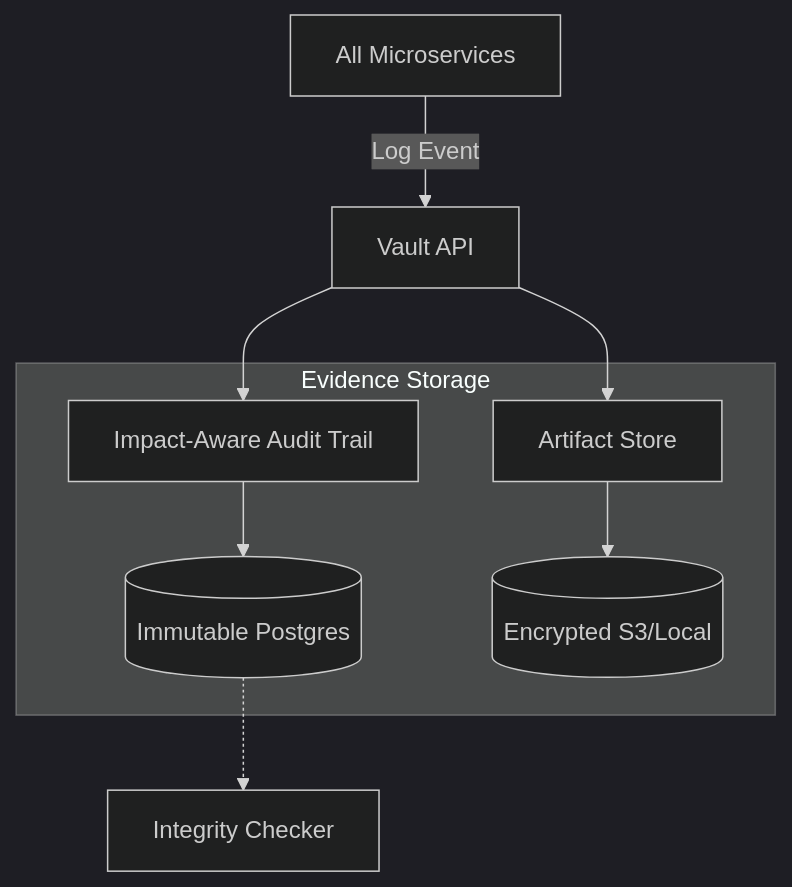
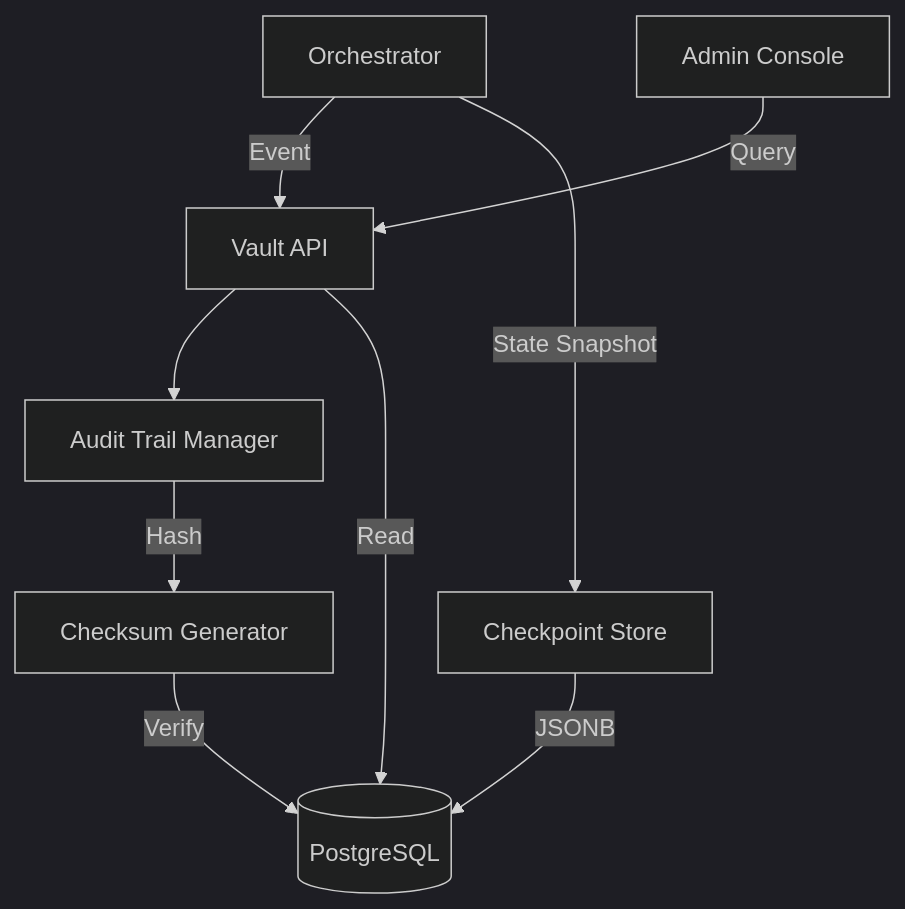
One commit to azzindani/Kea changed the diagram in services/vault/README.md. Above: the diagram before and after it, drawn with Mermaid (dark theme). The commit also changed other lines of this file and 13 other files, not shown here.

````diff
--- a/services/vault/README.md
+++ b/services/vault/README.md
@@ -70,13 +22,13 @@
 ```mermaid
 graph TD
-    Services[All Microservices] -->|Log Event| API[Vault API]
-    API --> Trail[Impact-Aware Audit Trail]
-    API --> Store[Artifact Store]
+    Orch[Orchestrator] -->|Event| API[Vault API]
+    API --> Trail[Audit Trail Manager]
+    Trail -->|Hash| Checksum[Checksum Generator]
+    Checksum -->|Verify| Postgres[(PostgreSQL)]
     
-    subgraph Evidence Storage
-        Trail --> DB[(Immutable Postgres)]
-        Store --> Enc[(Encrypted S3/Local)]
-    end
+    Orch -->|State Snapshot| Checkpoint[Checkpoint Store]
+    Checkpoint -->|JSONB| Postgres
     
-    DB -.-> Verification[Integrity Checker]
+    Admin[Admin Console] -->|Query| API
+    API -->|Read| Postgres
 ```
````
